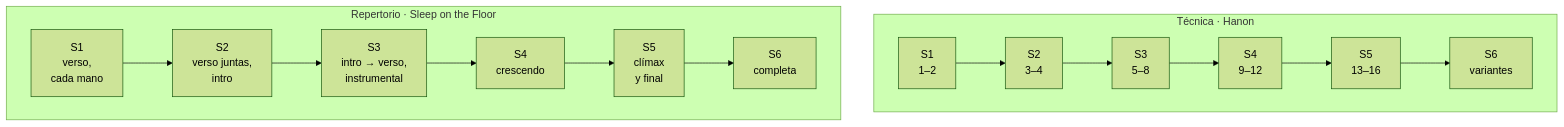
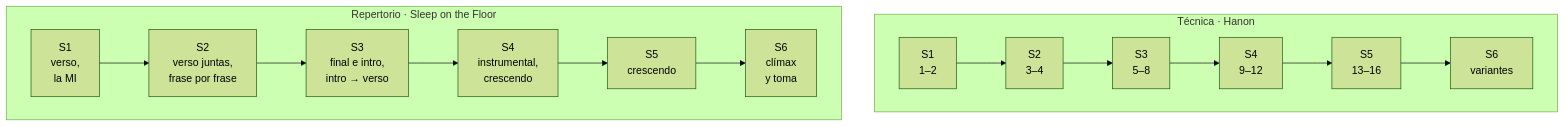
Before and after one commit to IrfDev/notes_musica: the second of 2 diagrams in 4. Instrumento/1. Piano/1. Programa de 30 sesiones/00. Plan y progreso.md, drawn with Mermaid (forest theme). The commit also changed other lines of this file and 197 other files, not shown here.

First line of the commit message:
Piano: manos de Sleep on the Floor por frase desde el día 6; día 4, Nocturno y referencias (2026-11-08/16)

````diff
--- a/4. Instrumento/1. Piano/1. Programa de 30 sesiones/00. Plan y progreso.md
+++ b/4. Instrumento/1. Piano/1. Programa de 30 sesiones/00. Plan y progreso.md
@@ -42,11 +42,11 @@
 ```mermaid
 flowchart TB
     subgraph TEC["Técnica · Hanon"]
         direction LR
         H1["S1<br/>1–2"] --> H2["S2<br/>3–4"] --> H3["S3<br/>5–8"] --> H4["S4<br/>9–12"] --> H5["S5<br/>13–16"] --> H6["S6<br/>variantes"]
     end
     subgraph REP["Repertorio · Sleep on the Floor"]
         direction LR
-        R1["S1<br/>verso,<br/>cada mano"] --> R2["S2<br/>verso juntas,<br/>intro"] --> R3["S3<br/>intro → verso,<br/>instrumental"] --> R4["S4<br/>crescendo"] --> R5["S5<br/>clímax<br/>y final"] --> R6["S6<br/>completa"]
+        R1["S1<br/>verso,<br/>la MI"] --> R2["S2<br/>verso juntas,<br/>frase por frase"] --> R3["S3<br/>final e intro,<br/>intro → verso"] --> R4["S4<br/>instrumental,<br/>crescendo"] --> R5["S5<br/>crescendo"] --> R6["S6<br/>clímax<br/>y toma"]
     end
 ```
````
